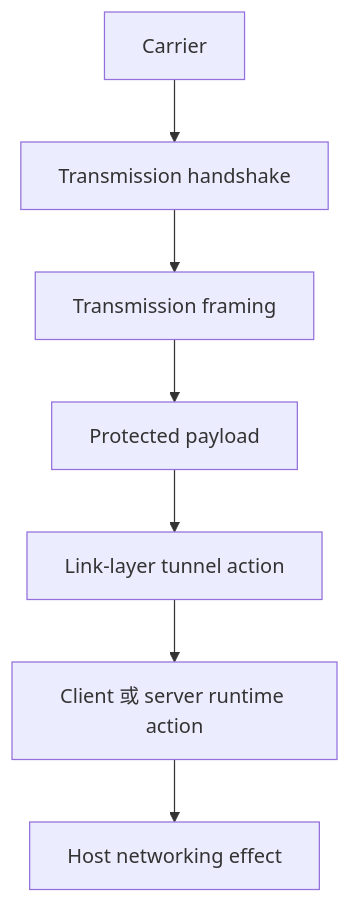
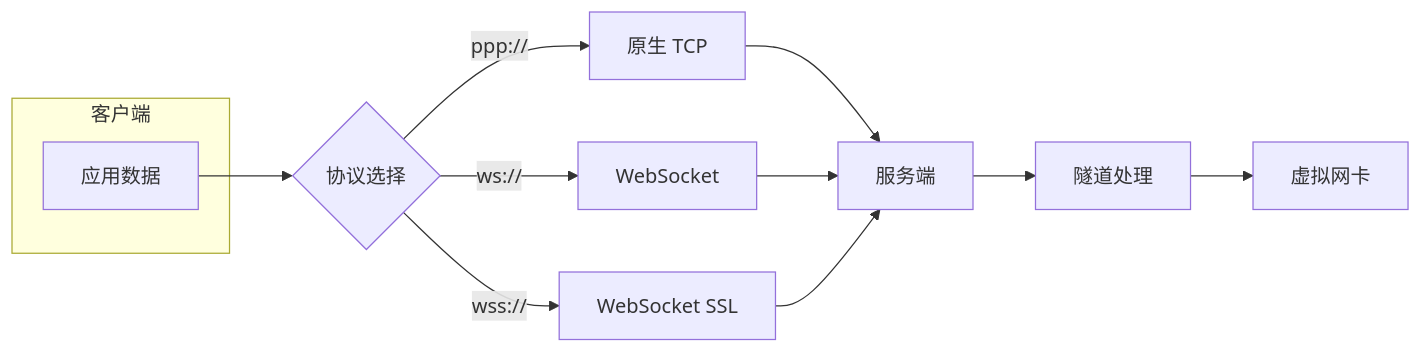
One commit to HyacinthHaru/openppp2 changed the seventh of 10 diagrams in docs/ARCHITECTURE_CN.md. Above: the diagram before and after it, drawn with Mermaid. The commit also changed other lines of this file and 31 other files, not shown here.

````diff
--- a/docs/ARCHITECTURE_CN.md
+++ b/docs/ARCHITECTURE_CN.md
@@ -215,9 +395,18 @@
 ```mermaid
-flowchart TD
-    A[Carrier] --> B[Transmission handshake]
-    B --> C[Transmission framing]
-    C --> D[Protected payload]
-    D --> E[Link-layer tunnel action]
-    E --> F[Client 或 server runtime action]
-    F --> G[Host networking effect]
+flowchart LR
+    subgraph 客户端
+        A[应用数据]
+    end
+    
+    A --> B{协议选择}
+    B -->|ppp://| C[原生 TCP]
+    B -->|ws://| D[WebSocket]
+    B -->|wss://| E[WebSocket SSL]
+    
+    C --> F[服务端]
+    D --> F
+    E --> F
+    
+    F --> G[隧道处理]
+    G --> H[虚拟网卡]
 ```
````
